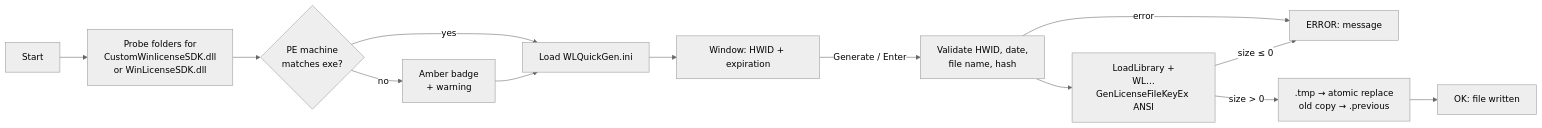
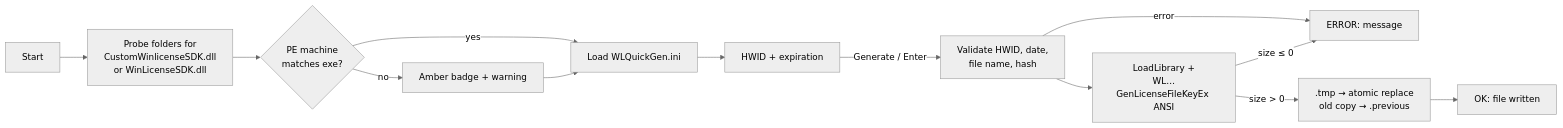
One commit to FerS00/WLQuickGen changed the diagram in README.md. Above: the diagram before and after it, drawn with Mermaid (neutral theme). The commit also changed other lines of this file and 1 other file, not shown here.

````diff
--- a/README.md
+++ b/README.md
@@ -65,15 +30,15 @@
 ```mermaid
 flowchart LR
     START[Start] --> DETECT[Probe folders for<br/>CustomWinlicenseSDK.dll<br/>or WinLicenseSDK.dll]
     DETECT --> ARCH{PE machine<br/>matches exe?}
-    ARCH -->|no| WARN[Amber badge<br/>+ warning]
+    ARCH -->|no| WARN[Amber badge + warning]
     ARCH -->|yes| INI[Load WLQuickGen.ini]
     WARN --> INI
-    INI --> UI[Window: HWID + expiration]
+    INI --> UI[HWID + expiration]
     UI -->|Generate / Enter| VALID[Validate HWID, date,<br/>file name, hash]
     VALID -->|error| ERR[ERROR: message]
     VALID --> CALL[LoadLibrary +<br/>WL…GenLicenseFileKeyEx ANSI]
     CALL -->|size > 0| WRITE[.tmp → atomic replace<br/>old copy → .previous]
     CALL -->|size ≤ 0| ERR
     WRITE --> OK[OK: file written]
 ```
````
